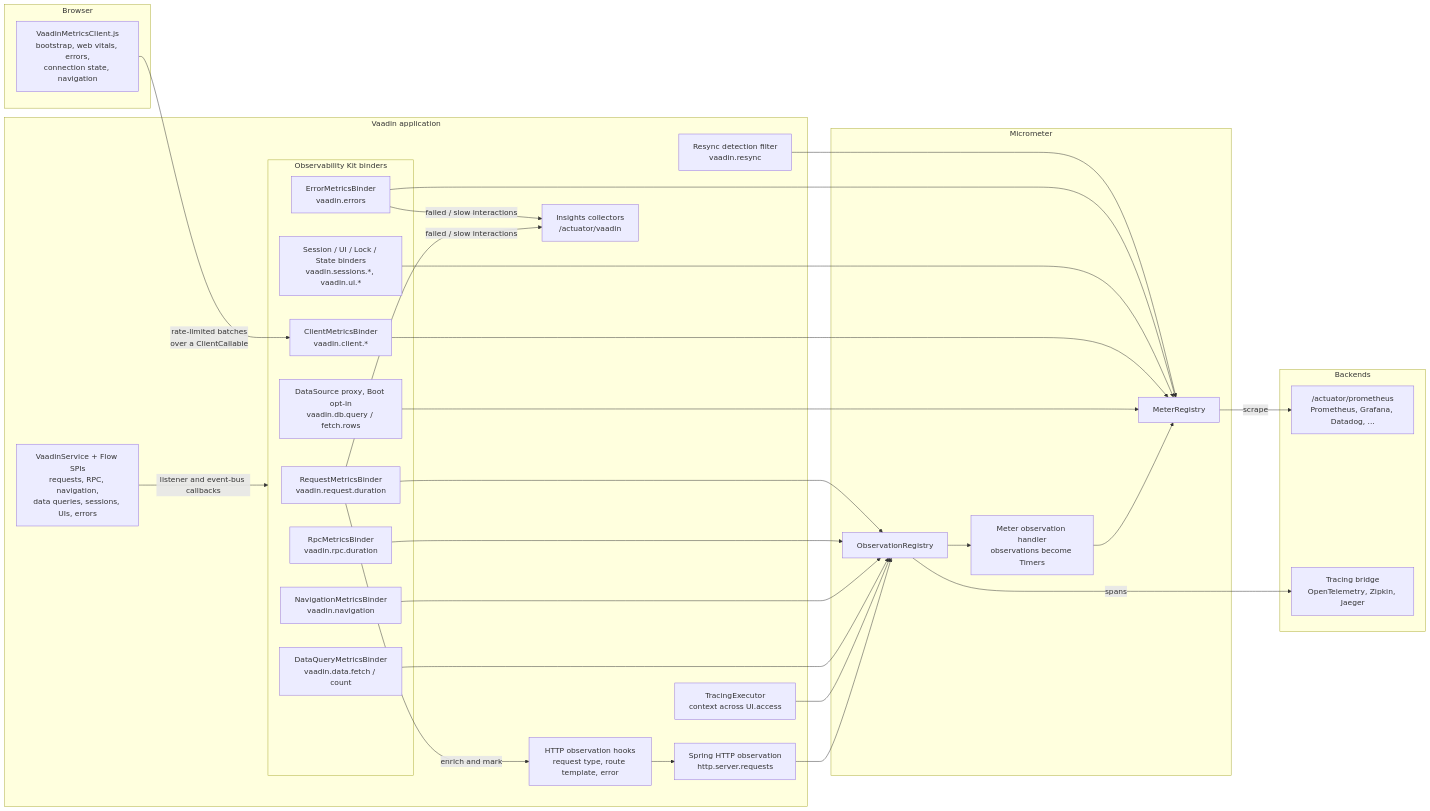
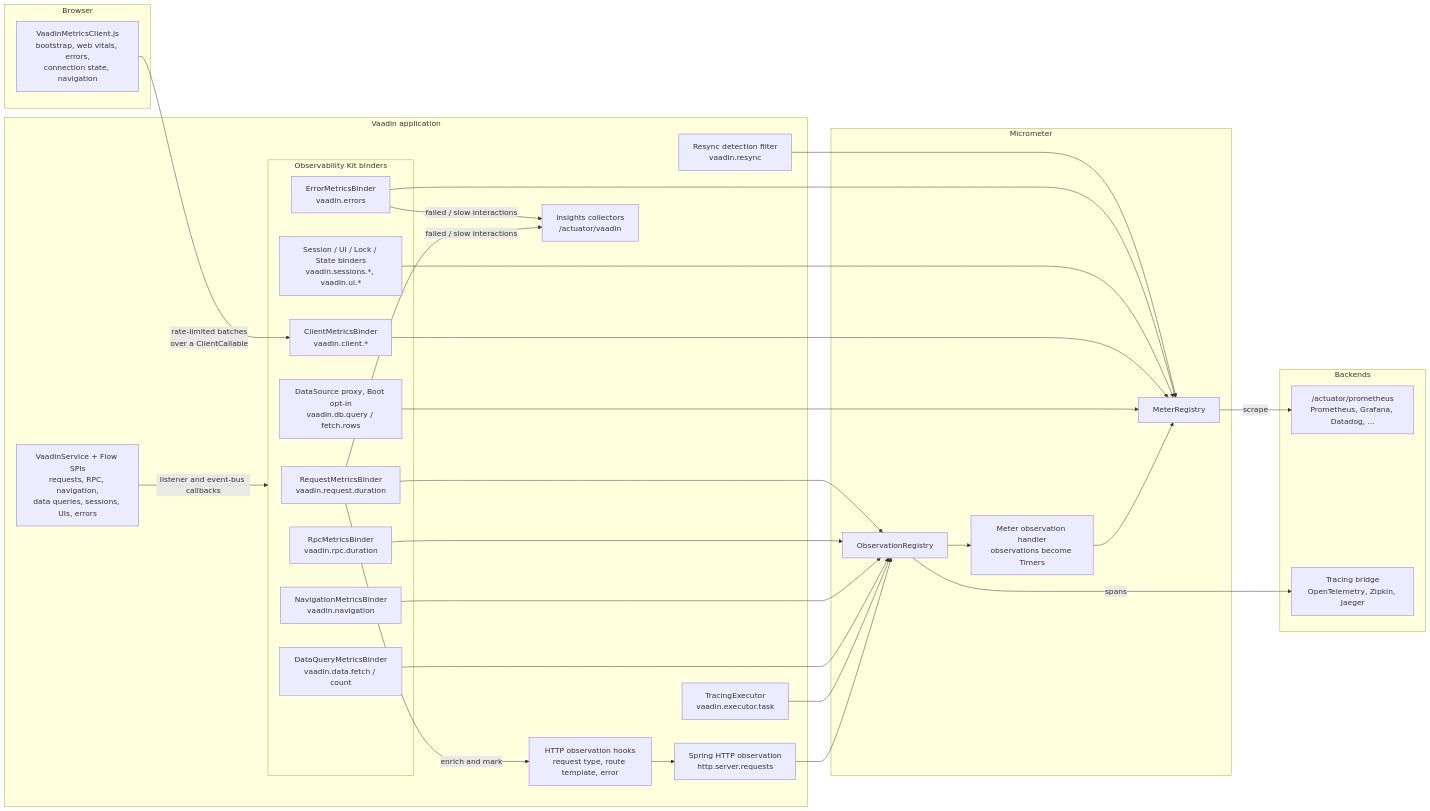
One commit to vaadin/observability-kit changed the diagram in README.md. Above: the diagram before and after it, drawn with Mermaid. The commit also changed other lines of this file and 7 other files, not shown here.

First line of the commit message:
fix!: rename ui.access to executor.task

````diff
--- a/README.md
+++ b/README.md
@@ -31,51 +31,51 @@
 ```mermaid
 flowchart LR
     subgraph Browser
         collector["VaadinMetricsClient.js<br/>bootstrap, web vitals, errors,<br/>connection state, navigation"]
     end
 
     subgraph Server["Vaadin application"]
         httpobs["Spring HTTP observation<br/>http.server.requests"]
         resync["Resync detection filter<br/>vaadin.resync"]
         flow["VaadinService + Flow SPIs<br/>requests, RPC, navigation,<br/>data queries, sessions, UIs, errors"]
 
         subgraph Kit["Observability Kit binders"]
             reqb["RequestMetricsBinder<br/>vaadin.request.duration"]
             rpcb["RpcMetricsBinder<br/>vaadin.rpc.duration"]
             navb["NavigationMetricsBinder<br/>vaadin.navigation"]
             datab["DataQueryMetricsBinder<br/>vaadin.data.fetch / count"]
             errb["ErrorMetricsBinder<br/>vaadin.errors"]
             lifeb["Session / UI / Lock / State binders<br/>vaadin.sessions.*, vaadin.ui.*"]
             clientb["ClientMetricsBinder<br/>vaadin.client.*"]
             dbproxy["DataSource proxy, Boot opt-in<br/>vaadin.db.query / fetch.rows"]
         end
 
         hooks["HTTP observation hooks<br/>request type, route template, error"]
         insights["Insights collectors<br/>/actuator/vaadin"]
-        texec["TracingExecutor<br/>context across UI.access"]
+        texec["TracingExecutor<br/>vaadin.executor.task"]
     end
 
     subgraph Micrometer
         meters["MeterRegistry"]
         obsreg["ObservationRegistry"]
         handler["Meter observation handler<br/>observations become Timers"]
     end
 
     subgraph Backends
         prom["/actuator/prometheus<br/>Prometheus, Grafana, Datadog, ..."]
         bridge["Tracing bridge<br/>OpenTelemetry, Zipkin, Jaeger"]
     end
 
     collector -- "rate-limited batches<br/>over a ClientCallable" --> clientb
     flow -- "listener and event-bus callbacks" --> Kit
     resync --> meters
     reqb -- "enrich and mark" --> hooks --> httpobs
     reqb & rpcb & navb & datab --> obsreg
     errb & lifeb & clientb & dbproxy --> meters
     errb & reqb -- "failed / slow interactions" --> insights
     texec --> obsreg
     obsreg --> handler --> meters
     obsreg -- "spans" --> bridge
     httpobs --> obsreg
     meters -- "scrape" --> prom
 ```
````
